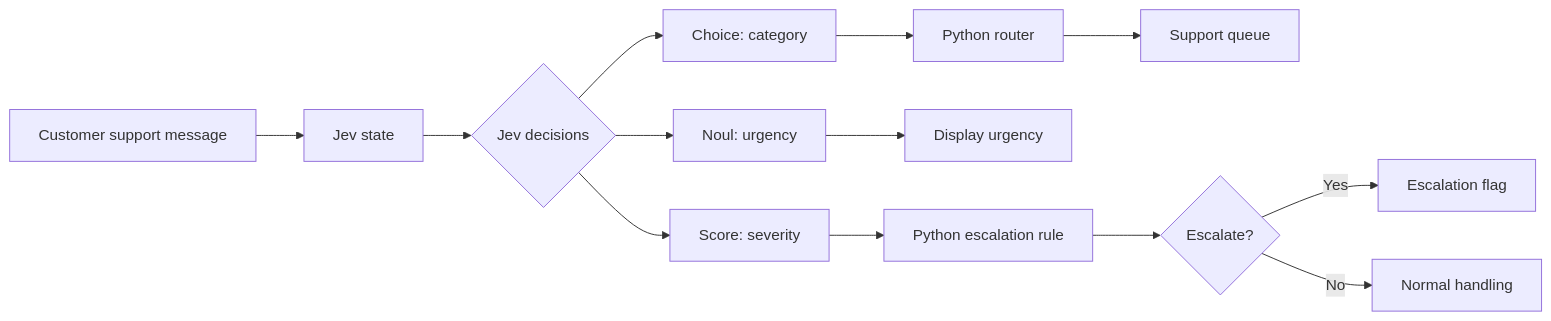
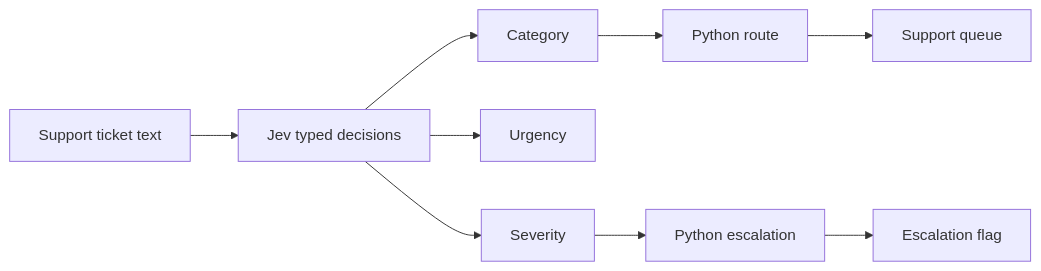
One commit to mallelamanojkumar90/JevTicket changed the first of 9 diagrams in README.md. Above: the diagram before and after it, drawn with Mermaid. The commit also changed other lines of this file, not shown here.

Commit message:
Make README flow-focused

````diff
--- a/README.md
+++ b/README.md
@@ -9,15 +5,11 @@
 ```mermaid
 flowchart LR
-    A[Customer support message] --> B[Jev state]
-    B --> C{Jev decisions}
-    C --> D[Choice: category]
-    C --> E[Noul: urgency]
-    C --> F[Score: severity]
-    D --> G[Python router]
-    E --> H[Display urgency]
-    F --> I[Python escalation rule]
-    G --> J[Support queue]
-    I --> K{Escalate?}
-    K -->|Yes| L[Escalation flag]
-    K -->|No| M[Normal handling]
+    Ticket[Support ticket text] --> Jev[Jev typed decisions]
+    Jev --> Category[Category]
+    Jev --> Urgency[Urgency]
+    Jev --> Severity[Severity]
+    Category --> Route[Python route]
+    Severity --> Escalate[Python escalation]
+    Route --> Queue[Support queue]
+    Escalate --> Outcome[Escalation flag]
 ```
````
